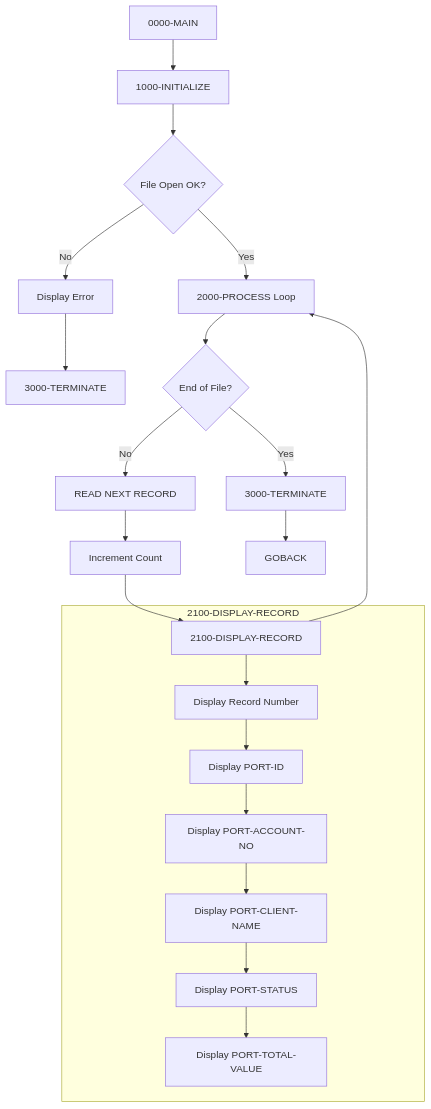
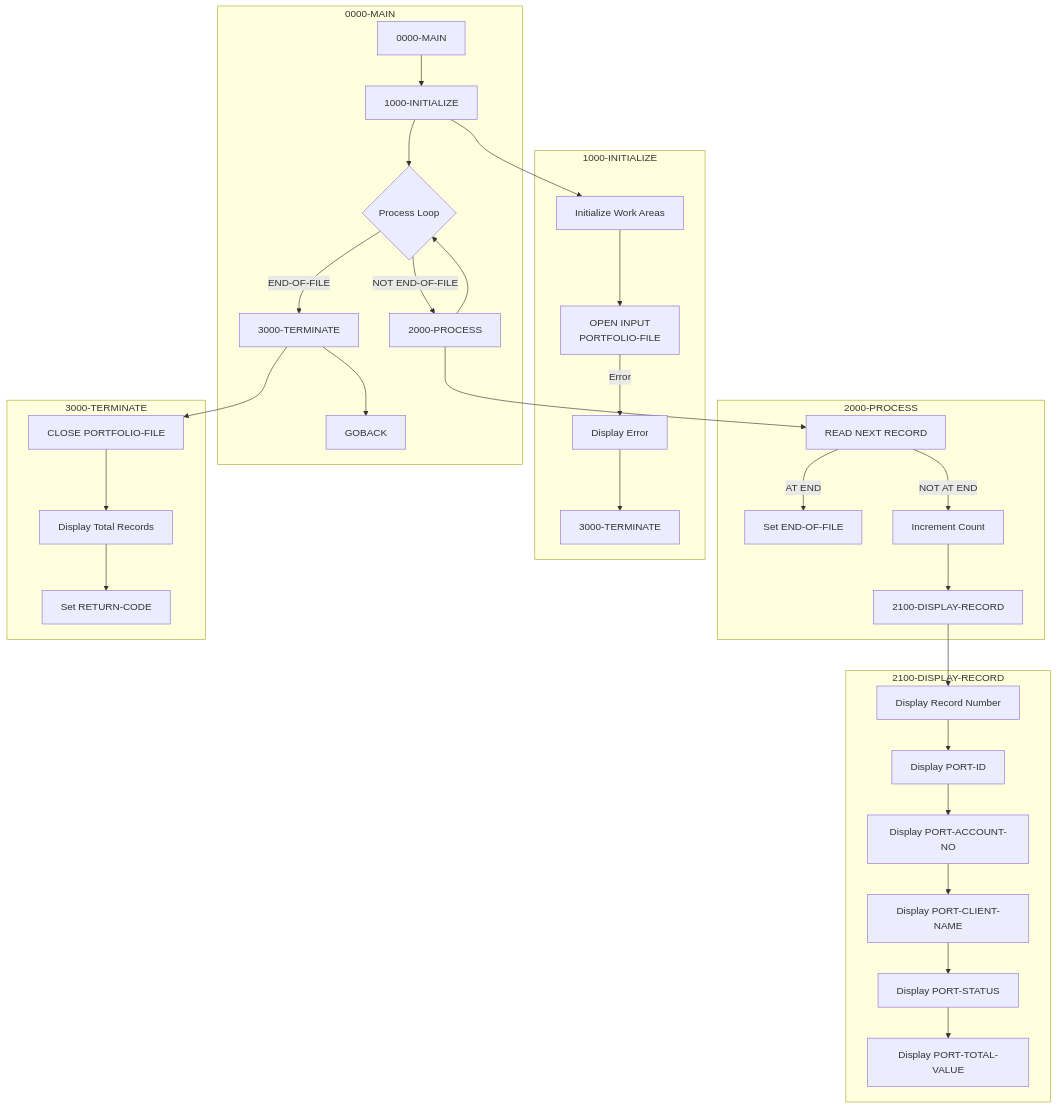
One commit to haladir-com/legacy-benchmark-docs-vb70e1 changed the diagram in docs/programs/PORTREAD.mdx. Above: the diagram before and after it, drawn with Mermaid. The commit also changed other lines of this file and 64 other files, not shown here.

````diff
--- a/docs/programs/PORTREAD.mdx
+++ b/docs/programs/PORTREAD.mdx
@@ -20,24 +24,40 @@
 ```mermaid
 graph TD
-    A[0000-MAIN] --> B[1000-INITIALIZE]
-    B --> C{File Open OK?}
-    C -->|No| D[Display Error]
-    D --> E[3000-TERMINATE]
-    C -->|Yes| F[2000-PROCESS Loop]
-    F --> G{End of File?}
-    G -->|No| H[READ NEXT RECORD]
-    H --> I[Increment Count]
-    I --> J[2100-DISPLAY-RECORD]
-    J --> F
-    G -->|Yes| K[3000-TERMINATE]
-    K --> L[GOBACK]
+    subgraph "0000-MAIN"
+        MAIN[0000-MAIN] --> INIT[1000-INITIALIZE]
+        INIT --> LOOP{Process Loop}
+        LOOP --> |NOT END-OF-FILE| PROC[2000-PROCESS]
+        PROC --> LOOP
+        LOOP --> |END-OF-FILE| TERM[3000-TERMINATE]
+        TERM --> GOBACK[GOBACK]
+    end
+    
+    subgraph "1000-INITIALIZE"
+        INIT --> INITWS[Initialize Work Areas]
+        INITWS --> OPEN[OPEN INPUT<br/>PORTFOLIO-FILE]
+        OPEN --> |Error| ERRDSP[Display Error]
+        ERRDSP --> ERRTERM[3000-TERMINATE]
+    end
+    
+    subgraph "2000-PROCESS"
+        PROC --> READ[READ NEXT RECORD]
+        READ --> |AT END| SETEOF[Set END-OF-FILE]
+        READ --> |NOT AT END| COUNT[Increment Count]
+        COUNT --> DISPLAY[2100-DISPLAY-RECORD]
+    end
     
     subgraph "2100-DISPLAY-RECORD"
-        J --> J1[Display Record Number]
-        J1 --> J2[Display PORT-ID]
-        J2 --> J3[Display PORT-ACCOUNT-NO]
-        J3 --> J4[Display PORT-CLIENT-NAME]
-        J4 --> J5[Display PORT-STATUS]
-        J5 --> J6[Display PORT-TOTAL-VALUE]
+        DISPLAY --> DSP1[Display Record Number]
+        DSP1 --> DSP2[Display PORT-ID]
+        DSP2 --> DSP3[Display PORT-ACCOUNT-NO]
+        DSP3 --> DSP4[Display PORT-CLIENT-NAME]
+        DSP4 --> DSP5[Display PORT-STATUS]
+        DSP5 --> DSP6[Display PORT-TOTAL-VALUE]
+    end
+    
+    subgraph "3000-TERMINATE"
+        TERM --> CLOSE[CLOSE PORTFOLIO-FILE]
+        CLOSE --> TOTAL[Display Total Records]
+        TOTAL --> SETRC[Set RETURN-CODE]
     end
 ```
````
